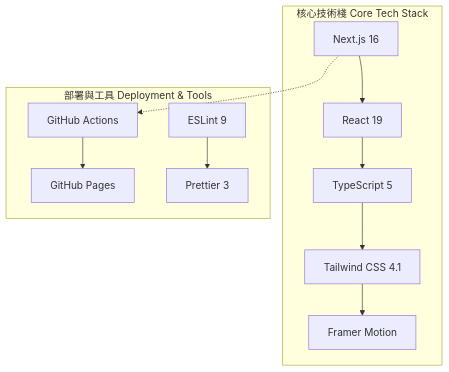
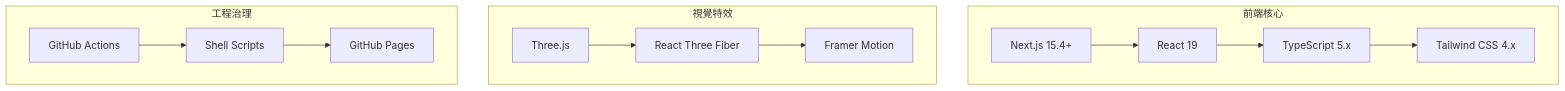
Before and after one commit to JensonLohTW/PencilWeb: the diagram in README.md, drawn with Mermaid. The commit also changed other lines of this file, not shown here.

````diff
--- a/README.md
+++ b/README.md
@@ -15,16 +10,18 @@
 ```mermaid
 graph TB
-    subgraph 核心技術棧 Core Tech Stack
-        A[Next.js 16] --> B[React 19]
-        B --> C[TypeScript 5]
-        C --> D[Tailwind CSS 4.1]
-        D --> E[Framer Motion]
+    subgraph Frontend [前端核心]
+        A[Next.js 15.4+] --> B[React 19]
+        B --> C[TypeScript 5.x]
+        C --> D[Tailwind CSS 4.x]
     end
     
-    subgraph 部署與工具 Deployment & Tools
-        F[GitHub Actions] --> G[GitHub Pages]
-        H[ESLint 9] --> I[Prettier 3]
+    subgraph Graphics [視覺特效]
+        E[Three.js] --> F[React Three Fiber]
+        F --> G[Framer Motion]
     end
     
-    A -.-> F
+    subgraph CI_CD [工程治理]
+        H[GitHub Actions] --> I[Shell Scripts]
+        I --> J[GitHub Pages]
+    end
 ```
````
